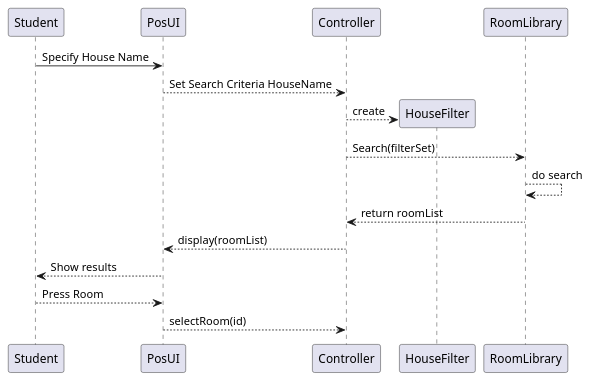
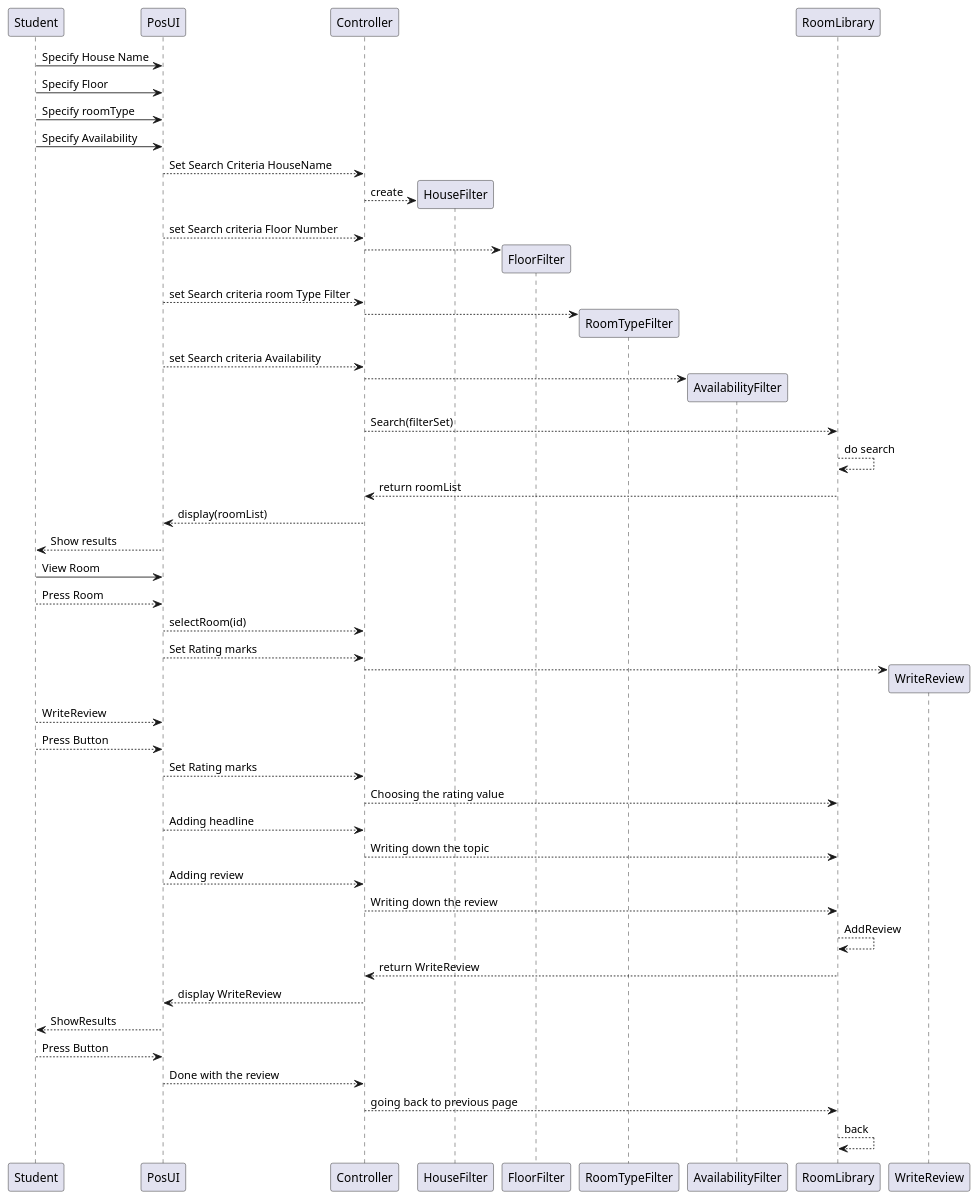
The second of 2 diagrams in intellij/doc/design.md (alexandraguillen12/Dorm-Review-App), drawn with PlantUML before and after one commit. The commit also changed other lines of this file, not shown here.

Commit message:
Updating and Adding in Design.md

````diff
--- a/intellij/doc/design.md
+++ b/intellij/doc/design.md
@@ -99,16 +92,47 @@
 ```plantuml
 @startuml
 Student -> PosUI: Specify House Name 
+Student -> PosUI: Specify Floor
+Student -> PosUI: Specify roomType
+Student -> PosUI: Specify Availability
 PosUI --> Controller: Set Search Criteria HouseName  
-create HouseFilter 
+create HouseFilter
 Controller --> HouseFilter: create 
+PosUI --> Controller: set Search criteria Floor Number
+create FloorFilter 
+Controller --> FloorFilter
+PosUI --> Controller: set Search criteria room Type Filter
+create RoomTypeFilter 
+Controller --> RoomTypeFilter 
+PosUI --> Controller: set Search criteria Availability
+create AvailabilityFilter 
+Controller --> AvailabilityFilter
 Controller --> RoomLibrary: Search(filterSet)
 RoomLibrary --> RoomLibrary: do search  
 RoomLibrary --> Controller: return roomList  
 Controller --> PosUI: display(roomList) 
 PosUI --> Student: Show results 
+Student -> PosUI: View Room 
 Student --> PosUI: Press Room 
 PosUI --> Controller: selectRoom(id)
-
+PosUI --> Controller: Set Rating marks
+create WriteReview
+Controller --> WriteReview
+Student --> PosUI: WriteReview
+Student --> PosUI: Press Button 
+PosUI --> Controller: Set Rating marks 
+Controller --> RoomLibrary: Choosing the rating value 
+PosUI --> Controller: Adding headline
+Controller --> RoomLibrary: Writing down the topic
+PosUI --> Controller: Adding review 
+Controller --> RoomLibrary: Writing down the review 
+RoomLibrary --> RoomLibrary: AddReview
+RoomLibrary --> Controller: return WriteReview
+Controller --> PosUI: display WriteReview
+PosUI--> Student: ShowResults
+Student --> PosUI: Press Button
+PosUI --> Controller: Done with the review
+Controller --> RoomLibrary: going back to previous page
+RoomLibrary --> RoomLibrary: back
 @enduml
 ```
````
